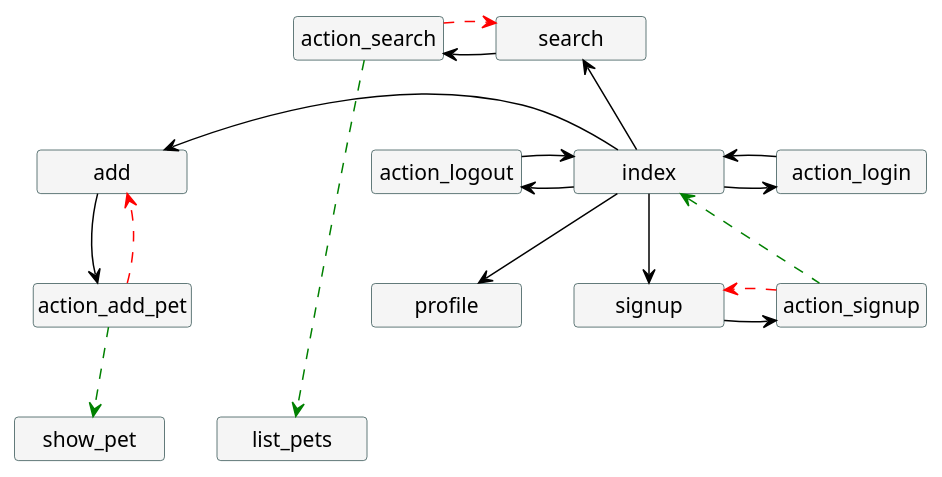
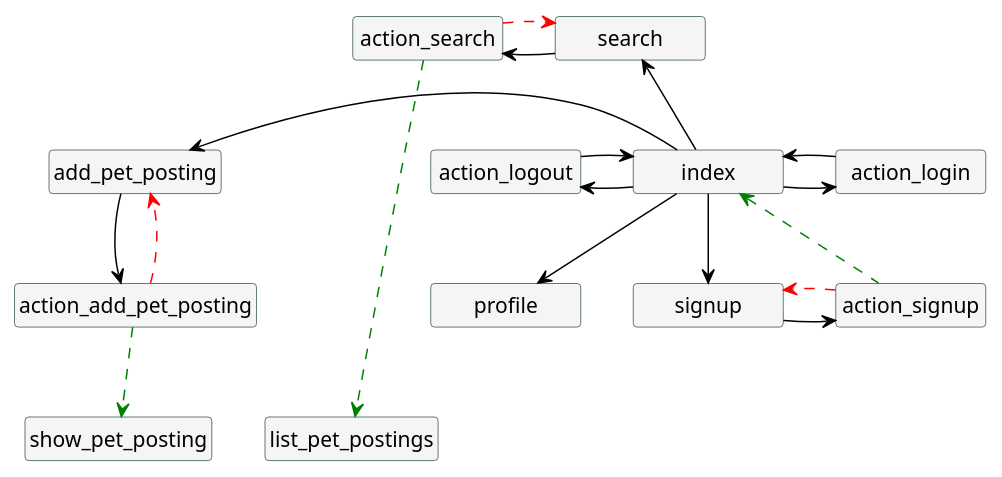
Before and after one commit to up201806330/Hoaloha: the diagram in doc/navigation.puml, drawn with PlantUML. The commit also changed 2 other files, not shown here.

Commit message:
Another uml

```diff
--- a/doc/navigation.puml
+++ b/doc/navigation.puml
@@ -1,39 +1,39 @@
 @startuml navigation
 skinparam minClassWidth 100
 skinparam classBackgroundColor WhiteSmoke
 skinparam classBorderColor DarkSlateGrey
 hide members
 hide circles
 
 class index
 class signup
 class search
-class add
-class list_pets
-class show_pet
+class add_pet_posting
+class list_pet_postings
+class show_pet_posting
 class profile
 class action_login
 class action_logout
 class action_signup
 class action_search
-class action_add_pet
+class action_add_pet_posting
 
 index -[#black]down-> signup
 index -[#black]> action_login
 index-[#black]down->profile
 action_login -[#black]> index
 signup-[#black]right>action_signup
 action_signup..up[#green]>index
 action_signup..[#red]>signup
 index-[#black]left>action_logout
 action_logout-[#black]>index
 index--[#black]up>search
 search-left[#black]>action_search
 action_search.[#red]>search
-action_search....[#green]>list_pets
-index -left[#black]->add
-add--[#black]down>action_add_pet
-action_add_pet..[#green]>show_pet
-action_add_pet..[#red]>add
+action_search....[#green]>list_pet_postings
+index -left[#black]->add_pet_posting
+add_pet_posting--[#black]down>action_add_pet_posting
+action_add_pet_posting..[#green]>show_pet_posting
+action_add_pet_posting..[#red]>add_pet_posting
 
 @enduml
```
